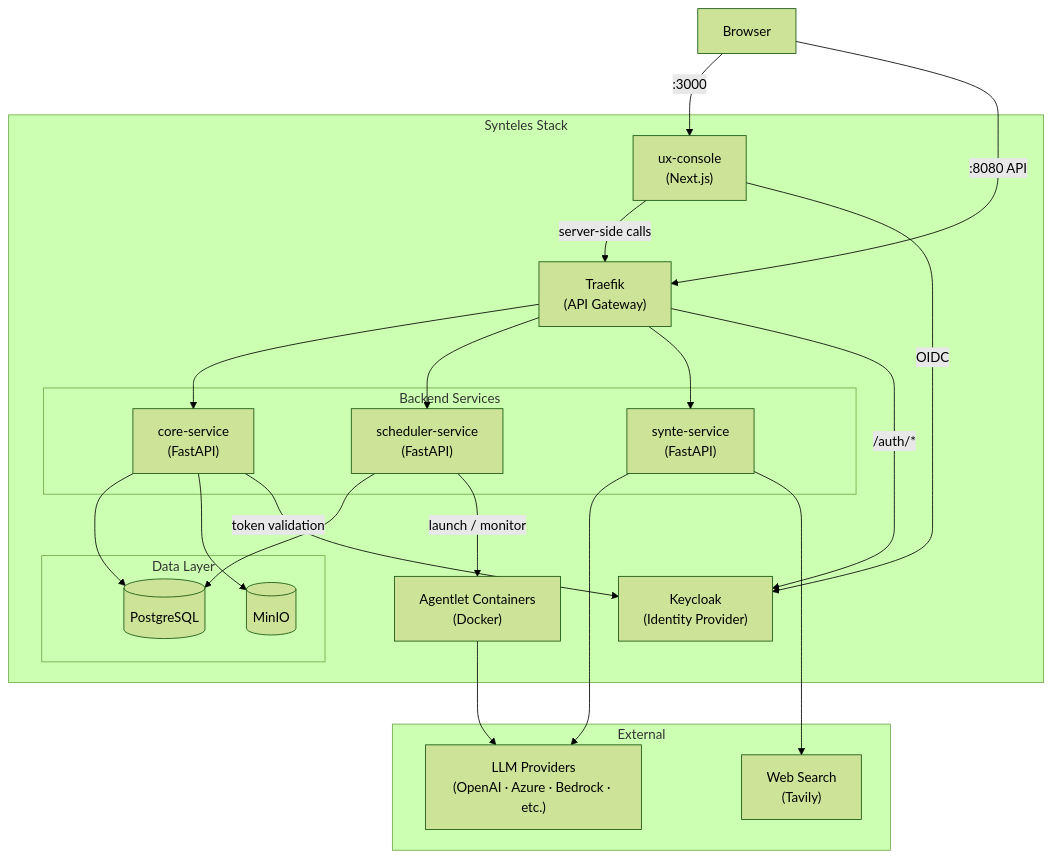
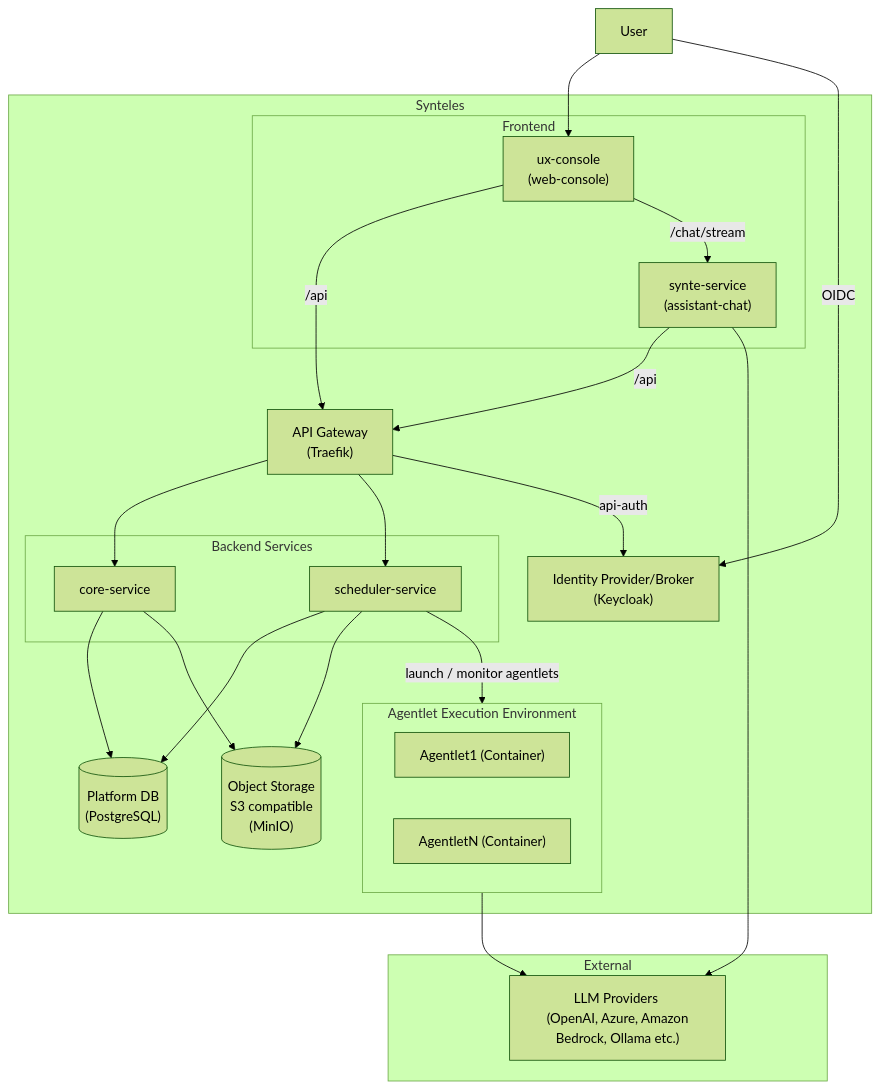
Before and after one commit to Synteles/synteles: the diagram in docs/architecture.md, drawn with Mermaid (forest theme). The commit also changed other lines of this file and 3 other files, not shown here.

````diff
--- a/docs/architecture.md
+++ b/docs/architecture.md
@@ -26,45 +30,51 @@
 ```mermaid
 graph TB
-    Browser["Browser"]
+    User["User"]
 
-    subgraph Stack["Synteles Stack"]
-        UX["ux-console\n(Next.js)"]
-        Traefik["Traefik\n(API Gateway)"]
+    subgraph Stack["Synteles"]
+
+        subgraph Frontend["Frontend"]
+            UX["ux-console </br> (web-console)"]
+            Synte["synte-service </br> (assistant-chat)"]
+        end
+
+        Traefik["API Gateway </br> (Traefik)"]
 
         subgraph Backend["Backend Services"]
-            Core["core-service\n(FastAPI)"]
-            Scheduler["scheduler-service\n(FastAPI)"]
-            Synte["synte-service\n(FastAPI)"]
+            Core["core-service"]
+            Scheduler["scheduler-service"]
         end
 
-        subgraph Data["Data Layer"]
-            PG[("PostgreSQL")]
-            Minio[("MinIO")]
+
+        PG[("Platform DB </br> (PostgreSQL)")]
+        Minio[("Object Storage </br> S3 compatible </br> (MinIO)")]
+
+        KC["Identity Provider/Broker </br> (Keycloak)"]
+        
+        subgraph EE["Agentlet Execution Environment"]
+            Agentlet1["Agentlet1 (Container)"]
+            AgentletN["AgentletN (Container)"]
         end
 
-        KC["Keycloak\n(Identity Provider)"]
-        Agents["Agentlet Containers\n(Docker)"]
     end
 
     subgraph External["External"]
-        LLM["LLM Providers\n(OpenAI · Azure · Bedrock · etc.)"]
-        WebSearch["Web Search\n(Tavily)"]
+        LLM["LLM Providers </br> (OpenAI, Azure, Amazon Bedrock, Ollama etc.)"]
     end
 
-    Browser -->|":3000"| UX
-    Browser -->|":8080 API"| Traefik
-    UX -->|"server-side calls"| Traefik
+    User --> UX
+    UX -->|"/api"| Traefik
+    UX -->|"/chat/stream"| Synte
     Traefik --> Core
     Traefik --> Scheduler
-    Traefik --> Synte
-    Traefik -->|"/auth/*"| KC
+    Traefik -->|"api-auth"| KC
+    Synte -->|"/api"| Traefik
     Core --> PG
     Core --> Minio
-    Core -->|"token validation"| KC
     Scheduler --> PG
-    Scheduler -->|"launch / monitor"| Agents
-    Agents --> LLM
+    Scheduler --> Minio
+    Scheduler -->|"launch / monitor agentlets"| EE
+    EE --> LLM
     Synte --> LLM
-    Synte --> WebSearch
-    UX -->|"OIDC"| KC
+    User -->|"OIDC"| KC
 ```
````
